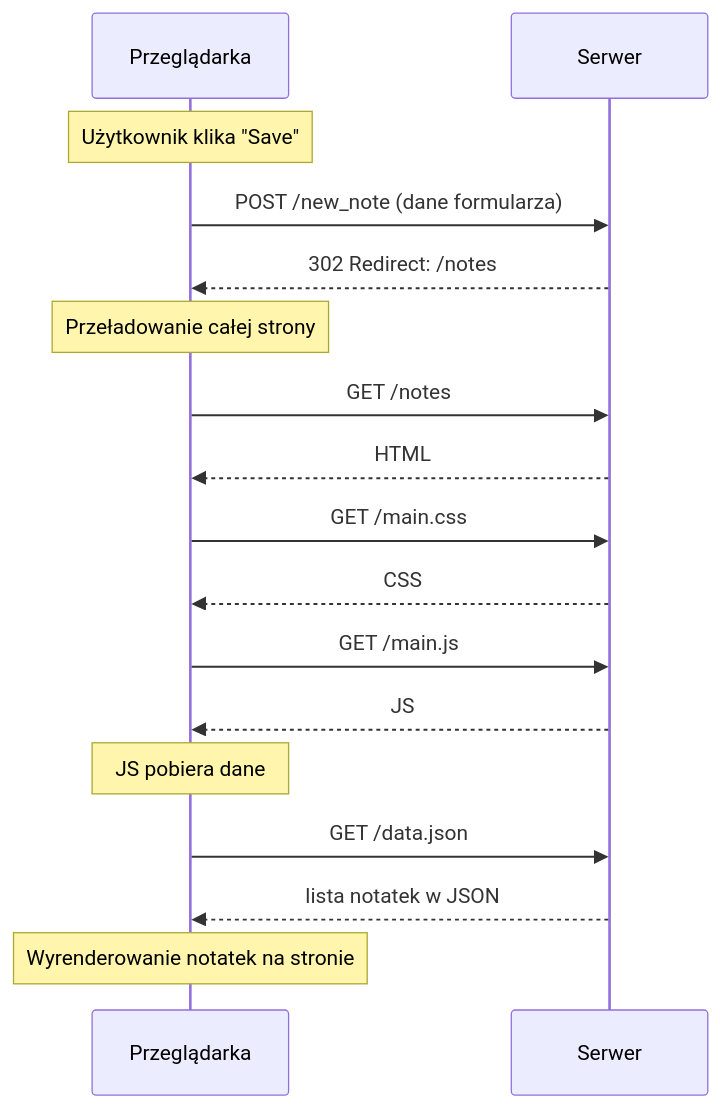
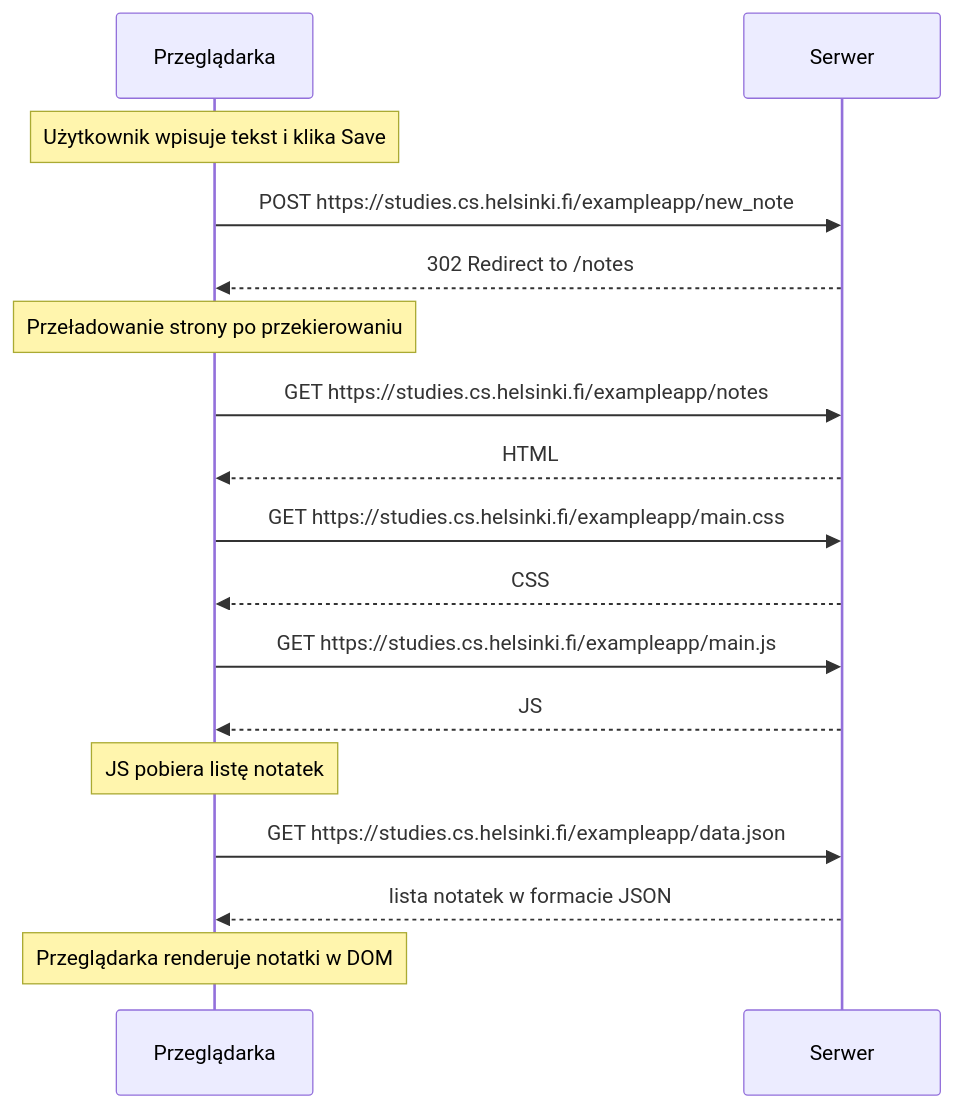
The diagram in part0/0.4.md (DenysChad333/fullstackGD), drawn with Mermaid before and after one commit.

````diff
--- a/part0/0.4.md
+++ b/part0/0.4.md
@@ -1,25 +1,26 @@
 ```mermaid
 sequenceDiagram
     participant B as Przeglądarka
     participant S as Serwer
 
-    Note over B: Użytkownik klika "Save"
-    B->>S: POST /new_note (dane formularza)
-    S-->>B: 302 Redirect: /notes
+    Note over B: Użytkownik wpisuje tekst i klika Save
 
-    Note over B: Przeładowanie całej strony
-    B->>S: GET /notes
+    B->>S: POST https://studies.cs.helsinki.fi/exampleapp/new_note
+    S-->>B: 302 Redirect to /notes
+
+    Note over B: Przeładowanie strony po przekierowaniu
+    B->>S: GET https://studies.cs.helsinki.fi/exampleapp/notes
     S-->>B: HTML
 
-    B->>S: GET /main.css
+    B->>S: GET https://studies.cs.helsinki.fi/exampleapp/main.css
     S-->>B: CSS
 
-    B->>S: GET /main.js
+    B->>S: GET https://studies.cs.helsinki.fi/exampleapp/main.js
     S-->>B: JS
 
-    Note over B: JS pobiera dane
-    B->>S: GET /data.json
-    S-->>B: lista notatek w JSON
+    Note over B: JS pobiera listę notatek
+    B->>S: GET https://studies.cs.helsinki.fi/exampleapp/data.json
+    S-->>B: lista notatek w formacie JSON
 
-    Note over B: Wyrenderowanie notatek na stronie
+    Note over B: Przeglądarka renderuje notatki w DOM
 ```
````
